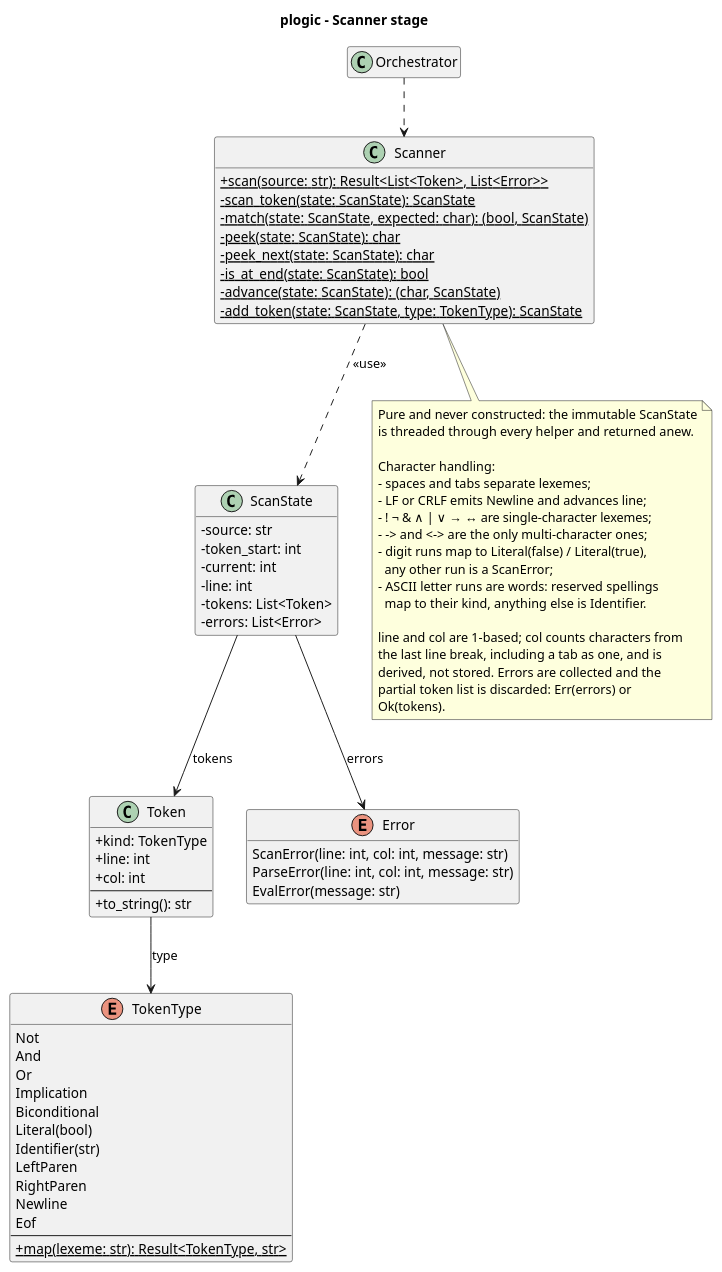
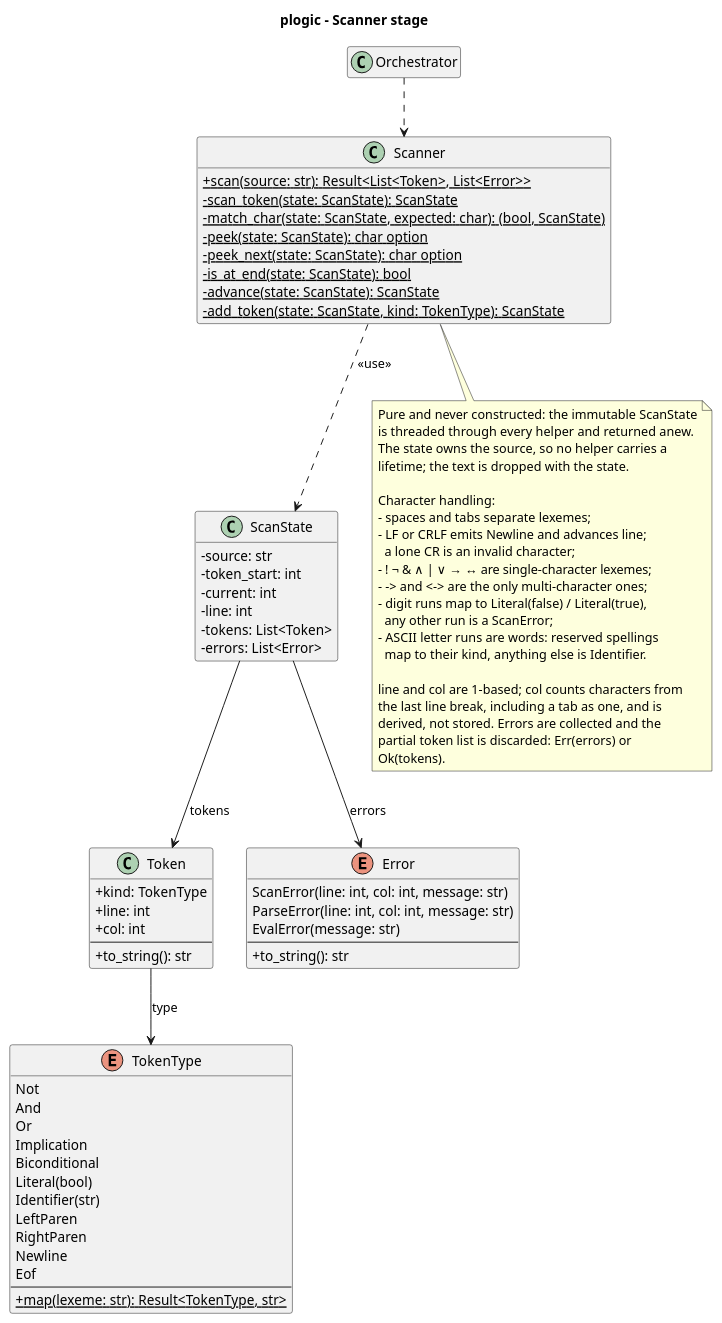
Before and after one commit to Josgtg/plogic: the diagram in design/diagrams/scanner_class.puml, drawn with PlantUML. The commit also changed 7 other files, not shown here.

```diff
--- a/design/diagrams/scanner_class.puml
+++ b/design/diagrams/scanner_class.puml
@@ -1,87 +1,92 @@
 @startuml scanner_class
 title plogic - Scanner stage
 
 skinparam classAttributeIconSize 0
 hide empty members
 
 class Orchestrator
 
 enum TokenType {
   Not
   And
   Or
   Implication
   Biconditional
   Literal(bool)
   Identifier(str)
   LeftParen
   RightParen
   Newline
   Eof
   --
   +{static} map(lexeme: str): Result<TokenType, str>
 }
 
 class Token {
   +kind: TokenType
   +line: int
   +col: int
   --
   +to_string(): str
 }
 
 class ScanState {
   -source: str
   -token_start: int
   -current: int
   -line: int
   -tokens: List<Token>
   -errors: List<Error>
 }
 
 class Scanner {
   +{static} scan(source: str): Result<List<Token>, List<Error>>
   -{static} scan_token(state: ScanState): ScanState
-  -{static} match(state: ScanState, expected: char): (bool, ScanState)
-  -{static} peek(state: ScanState): char
-  -{static} peek_next(state: ScanState): char
+  -{static} match_char(state: ScanState, expected: char): (bool, ScanState)
+  -{static} peek(state: ScanState): char option
+  -{static} peek_next(state: ScanState): char option
   -{static} is_at_end(state: ScanState): bool
-  -{static} advance(state: ScanState): (char, ScanState)
-  -{static} add_token(state: ScanState, type: TokenType): ScanState
+  -{static} advance(state: ScanState): ScanState
+  -{static} add_token(state: ScanState, kind: TokenType): ScanState
 }
 
 enum Error {
   ScanError(line: int, col: int, message: str)
   ParseError(line: int, col: int, message: str)
   EvalError(message: str)
+  --
+  +to_string(): str
 }
 
 note bottom of Scanner
   Pure and never constructed: the immutable ScanState
   is threaded through every helper and returned anew.
+  The state owns the source, so no helper carries a
+  lifetime; the text is dropped with the state.
 
   Character handling:
   - spaces and tabs separate lexemes;
   - LF or CRLF emits Newline and advances line;
+    a lone CR is an invalid character;
   - ! ¬ & ∧ | ∨ → ↔ are single-character lexemes;
   - -> and <-> are the only multi-character ones;
   - digit runs map to Literal(false) / Literal(true),
     any other run is a ScanError;
   - ASCII letter runs are words: reserved spellings
     map to their kind, anything else is Identifier.
 
   line and col are 1-based; col counts characters from
   the last line break, including a tab as one, and is
   derived, not stored. Errors are collected and the
   partial token list is discarded: Err(errors) or
   Ok(tokens).
 end note
 
 Orchestrator ..> Scanner
 
 Scanner ..> ScanState : <<use>>
 ScanState --> Token : tokens
 ScanState --> Error : errors
 Token --> TokenType : type
 
 @enduml
```
